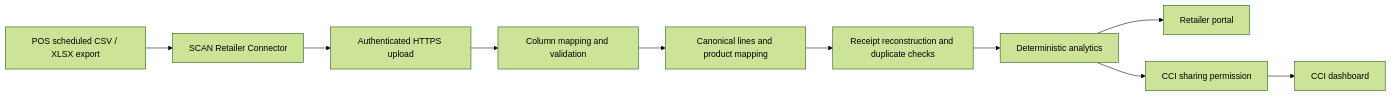
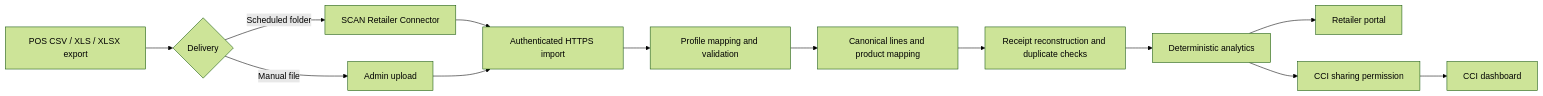
Before and after one commit to HuseynBlv/SCAN: the diagram in README.md, drawn with Mermaid (forest theme). The commit also changed other lines of this file and 17 other files, not shown here.

````diff
--- a/README.md
+++ b/README.md
@@ -66,12 +71,15 @@
 ```mermaid
 flowchart LR
-    A["POS scheduled CSV / XLSX export"] --> B["SCAN Retailer Connector"]
-    B --> C["Authenticated HTTPS upload"]
-    C --> D["Column mapping and validation"]
-    D --> E["Canonical lines and product mapping"]
-    E --> F["Receipt reconstruction and duplicate checks"]
-    F --> G["Deterministic analytics"]
-    G --> H["Retailer portal"]
-    G --> I["CCI sharing permission"]
-    I --> J["CCI dashboard"]
+    A["POS CSV / XLS / XLSX export"] --> B{"Delivery"}
+    B -->|"Scheduled folder"| C["SCAN Retailer Connector"]
+    B -->|"Manual file"| D["Admin upload"]
+    C --> E["Authenticated HTTPS import"]
+    D --> E
+    E --> F["Profile mapping and validation"]
+    F --> G["Canonical lines and product mapping"]
+    G --> H["Receipt reconstruction and duplicate checks"]
+    H --> I["Deterministic analytics"]
+    I --> J["Retailer portal"]
+    I --> K["CCI sharing permission"]
+    K --> L["CCI dashboard"]
 ```
````
